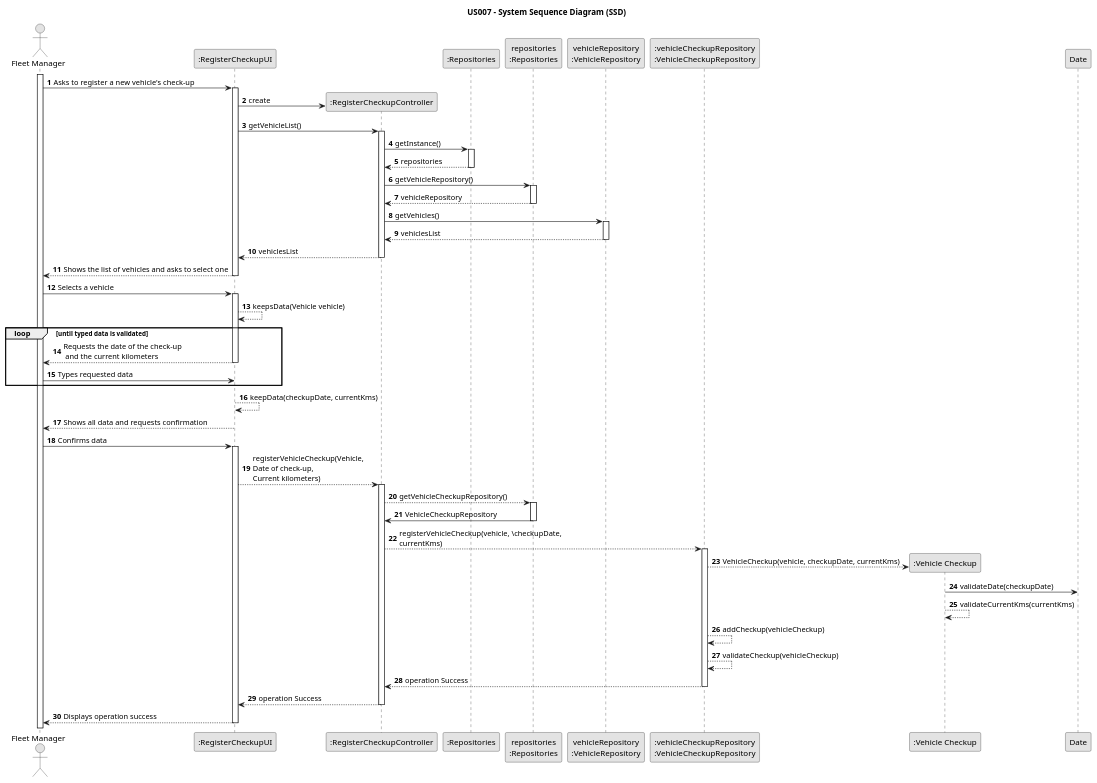
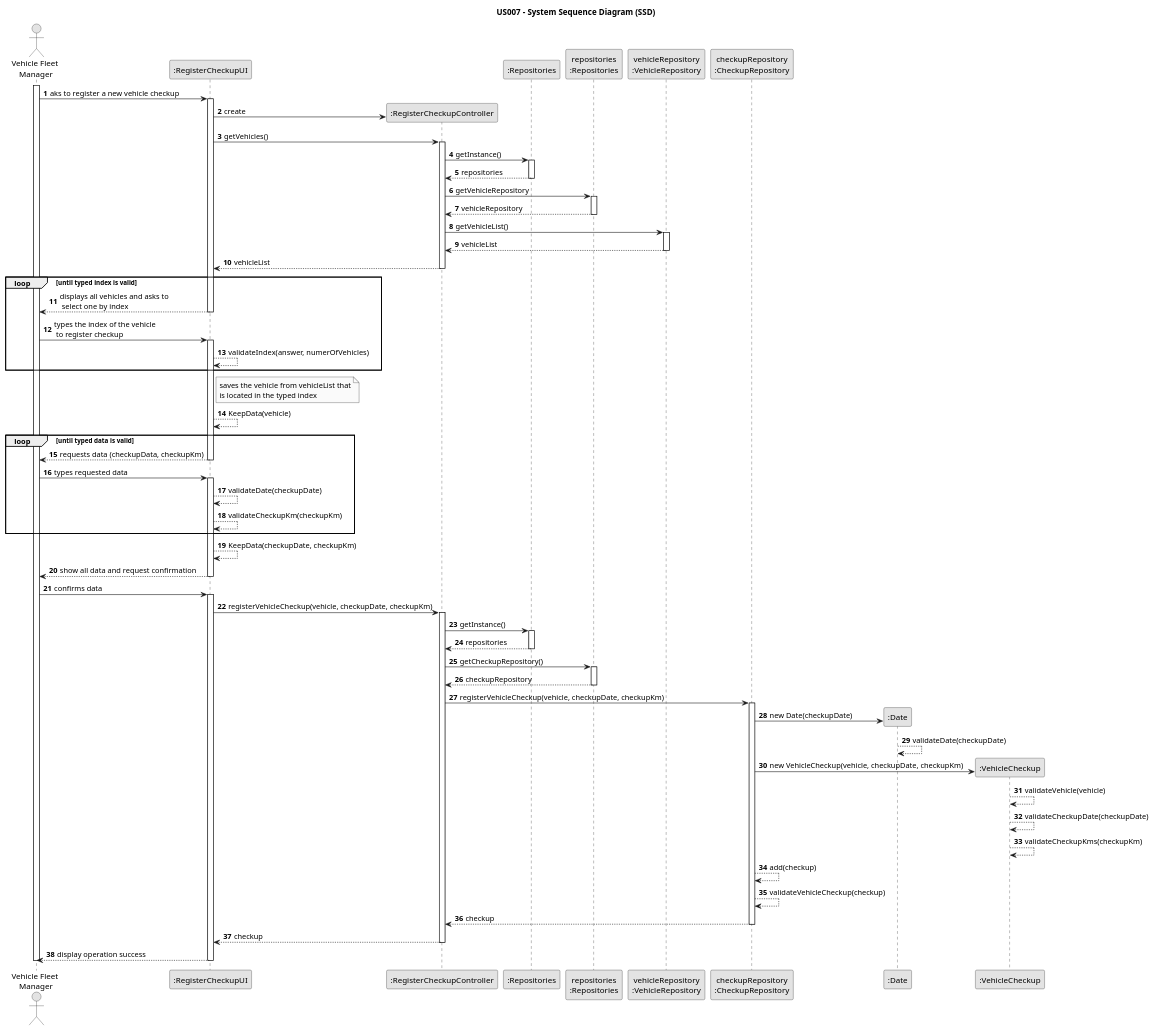
Before and after one commit to Rui-San/LAPR2_2023_2024: the diagram in docs/sprintB/us007/03.design/puml/us007-sequence-diagram-full.puml, drawn with PlantUML.

Commit message:
Fixed US07 SD

```diff
--- a/docs/sprintB/us007/03.design/puml/us007-sequence-diagram-full.puml
+++ b/docs/sprintB/us007/03.design/puml/us007-sequence-diagram-full.puml
@@ -1,100 +1,115 @@
 @startuml
 skinparam monochrome true
 skinparam packageStyle rectangle
 skinparam shadowing false
 
 title US007 - System Sequence Diagram (SSD)
 
 autonumber
 
-actor "Fleet Manager" as Employee
+actor "Vehicle Fleet\n Manager" as VFM
 participant ":RegisterCheckupUI" as UI
-participant ":RegisterCheckupController" as RCCtrl
-'participant "taskCategoryRepository:\nTaskCategoryRepository" as TaskCategoryRepository
-'participant ":ApplicationSession" as _APP
-'participant "appSession\n:ApplicationSession" as APP
-'participant "currentSession\n:UserSession" as SESSAO
-'participant "vehicleRepository:\nVehicleRepository" as VehicleRepository
-participant ":Repositories" as RepositorySingleton
-participant "repositories\n:Repositories" as PLAT
-participant "vehicleRepository\n:VehicleRepository" as VehicleRepository
-participant ":vehicleCheckupRepository\n:VehicleCheckupRepository" as VCRepo
-'participant "organizationRepository:\nOrganizationRepository" as OrganizationRepository
-participant ":Vehicle Checkup" as VCheckup
-participant "Date" as Date
+participant ":RegisterCheckupController" as CTRL
+participant ":Repositories" as REPOS
+participant "repositories\n:Repositories" as REPOSInstance
+participant "vehicleRepository\n:VehicleRepository" as VehicleREPO
+participant "checkupRepository\n:CheckupRepository" as CheckupREPO
+participant ":Date" as Date
+participant ":VehicleCheckup" as Checkup
 
-activate Employee
+activate VFM
 
-    Employee -> UI : Asks to register a new vehicle's check-up
+    VFM -> UI : aks to register a new vehicle checkup
     activate UI
 
-        UI -> RCCtrl** : create
-        UI -> RCCtrl : getVehicleList()
-        activate RCCtrl
+        UI -> CTRL** : create
+        UI -> CTRL : getVehicles()
+        activate CTRL
 
-            RCCtrl -> RepositorySingleton : getInstance()
-            activate RepositorySingleton
+            CTRL -> REPOS : getInstance()
+            activate REPOS
 
-                RepositorySingleton --> RCCtrl : repositories
-            deactivate RepositorySingleton
-            RCCtrl -> PLAT : getVehicleRepository()
-            activate PLAT
+                REPOS --> CTRL : repositories
+            deactivate REPOS
 
-                PLAT --> RCCtrl : vehicleRepository
-            deactivate PLAT
-            RCCtrl -> VehicleRepository : getVehicles()
-            activate VehicleRepository
+            CTRL -> REPOSInstance : getVehicleRepository
+            activate REPOSInstance
 
-                VehicleRepository --> RCCtrl : vehiclesList
-            deactivate VehicleRepository
-            RCCtrl --> UI : vehiclesList
-        deactivate RCCtrl
+                REPOSInstance --> CTRL : vehicleRepository
+            deactivate REPOSInstance
 
-        UI --> Employee : Shows the list of vehicles and asks to select one
+            CTRL -> VehicleREPO : getVehicleList()
+            activate VehicleREPO
+
+                VehicleREPO --> CTRL : vehicleList
+            deactivate VehicleREPO
+            CTRL --> UI : vehicleList
+        deactivate CTRL
+loop until typed index is valid
+        UI --> VFM : displays all vehicles and asks to\n select one by index
     deactivate UI
 
-    Employee -> UI : Selects a vehicle
+    VFM -> UI : types the index of the vehicle\n to register checkup
+    activate UI
+        UI --> UI : validateIndex(answer, numerOfVehicles)
+end loop
+        note right of UI
+            saves the vehicle from vehicleList that
+            is located in the typed index
+        end note
+        UI --> UI : KeepData(vehicle)
+loop until typed data is valid
+        UI --> VFM : requests data (checkupData, checkupKm)
+    deactivate UI
+
+    VFM -> UI : types requested data
     activate UI
 
-        UI --> UI : keepsData(Vehicle vehicle)
-    loop until typed data is validated
-        UI --> Employee : Requests the date of the check-up\n and the current kilometers
+        UI --> UI : validateDate(checkupDate)
+        UI --> UI : validateCheckupKm(checkupKm)
+end loop
+        UI --> UI : KeepData(checkupDate, checkupKm)
+        UI --> VFM : show all data and request confirmation
     deactivate UI
 
-    Employee -> UI : Types requested data
-    end loop
+    VFM -> UI : confirms data
     activate UI
 
-        UI --> UI : keepData(checkupDate, currentKms)
-        UI --> Employee : Shows all data and requests confirmation
+        UI -> CTRL : registerVehicleCheckup(vehicle, checkupDate, checkupKm)
+        activate CTRL
+
+            CTRL -> REPOS : getInstance()
+            activate REPOS
+
+                REPOS --> CTRL : repositories
+            deactivate REPOS
+
+            CTRL -> REPOSInstance : getCheckupRepository()
+            activate REPOSInstance
+
+                REPOSInstance --> CTRL : checkupRepository
+            deactivate REPOSInstance
+
+            CTRL -> CheckupREPO : registerVehicleCheckup(vehicle, checkupDate, checkupKm)
+            activate CheckupREPO
+
+                CheckupREPO -> Date** : new Date(checkupDate)
+                    Date --> Date : validateDate(checkupDate)
+                CheckupREPO -> Checkup** : new VehicleCheckup(vehicle, checkupDate, checkupKm)
+                    Checkup --> Checkup : validateVehicle(vehicle)
+                    Checkup --> Checkup : validateCheckupDate(checkupDate)
+                    Checkup --> Checkup : validateCheckupKms(checkupKm)
+                CheckupREPO --> CheckupREPO : add(checkup)
+                CheckupREPO --> CheckupREPO : validateVehicleCheckup(checkup)
+                CheckupREPO --> CTRL : checkup
+            deactivate CheckupREPO
+
+            CTRL --> UI : checkup
+        deactivate CTRL
+
+        UI --> VFM : display operation success
     deactivate UI
 
-    Employee -> UI : Confirms data
-    activate UI
-
-        UI --> RCCtrl : registerVehicleCheckup(Vehicle, \nDate of check-up, \nCurrent kilometers)
-        activate RCCtrl
-
-            RCCtrl --> PLAT : getVehicleCheckupRepository()
-            activate PLAT
-
-                PLAT -> RCCtrl : VehicleCheckupRepository
-            deactivate PLAT
-            RCCtrl --> VCRepo : registerVehicleCheckup(vehicle, \checkupDate, \ncurrentKms)
-            activate VCRepo
-
-                VCRepo --> VCheckup** : VehicleCheckup(vehicle, checkupDate, currentKms)
-                VCheckup -> Date : validateDate(checkupDate)
-                VCheckup --> VCheckup : validateCurrentKms(currentKms)
-                VCRepo --> VCRepo : addCheckup(vehicleCheckup)
-                VCRepo --> VCRepo : validateCheckup(vehicleCheckup)
-                VCRepo --> RCCtrl : operation Success
-            deactivate VCRepo
-
-            RCCtrl --> UI : operation Success
-        deactivate RCCtrl
-
-        UI --> Employee : Displays operation success
-    deactivate UI
+deactivate VFM
 
 @enduml
```
